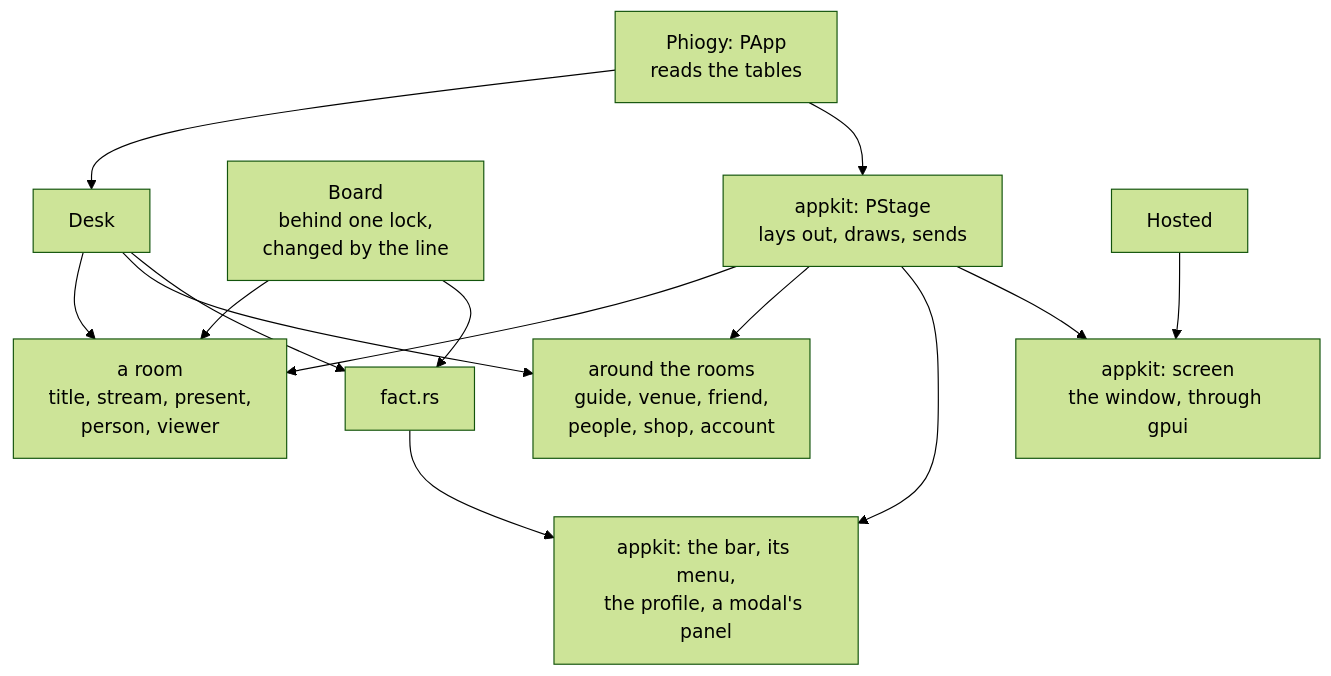
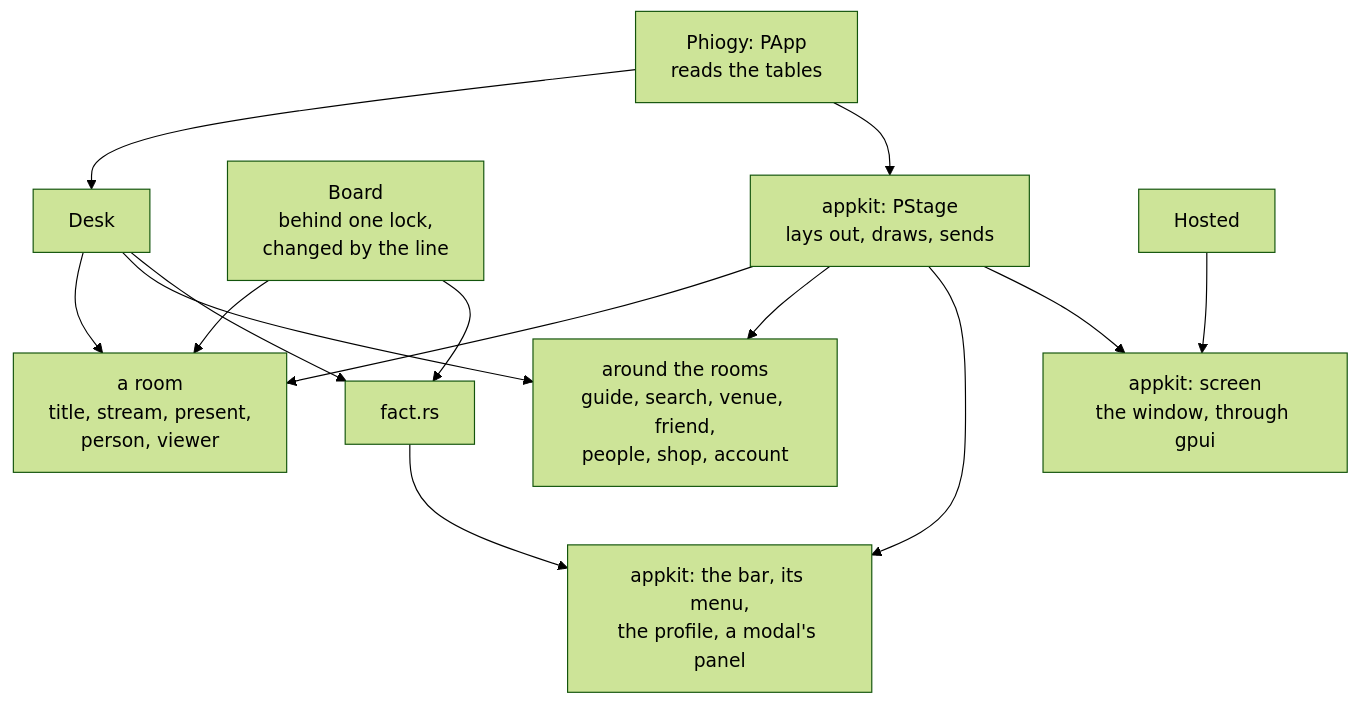
One commit to gemphi/phikit changed the eighth of 13 diagrams in crates/appkit/app/phiogy/ARCHITECTURE.md. Above: the diagram before and after it, drawn with Mermaid (forest theme). The commit also changed other lines of this file and 7 other files, not shown here.

````diff
--- a/crates/appkit/app/phiogy/ARCHITECTURE.md
+++ b/crates/appkit/app/phiogy/ARCHITECTURE.md
@@ -229,26 +229,26 @@
 ```mermaid
 graph TB
     p_app["Phiogy: PApp<br/>reads the tables"]
     p_desk["Desk"]
     board["Board<br/>behind one lock,<br/>changed by the line"]
     p_room["a room<br/>title, stream, present,<br/>person, viewer"]
-    p_around["around the rooms<br/>guide, venue, friend,<br/>people, shop, account"]
+    p_around["around the rooms<br/>guide, search, venue, friend,<br/>people, shop, account"]
     p_fact["fact.rs"]
     k_stage["appkit: PStage<br/>lays out, draws, sends"]
     k_bar["appkit: the bar, its menu,<br/>the profile, a modal's panel"]
     k_screen["appkit: screen<br/>the window, through gpui"]
     p_host["Hosted"]
     p_app --> p_desk
     p_app --> k_stage
     p_desk --> p_room
     p_desk --> p_around
     p_desk --> p_fact
     board --> p_room
     board --> p_fact
     k_stage --> p_room
     k_stage --> p_around
     k_stage --> k_bar
     p_fact --> k_bar
     k_stage --> k_screen
     p_host --> k_screen
 ```
````
